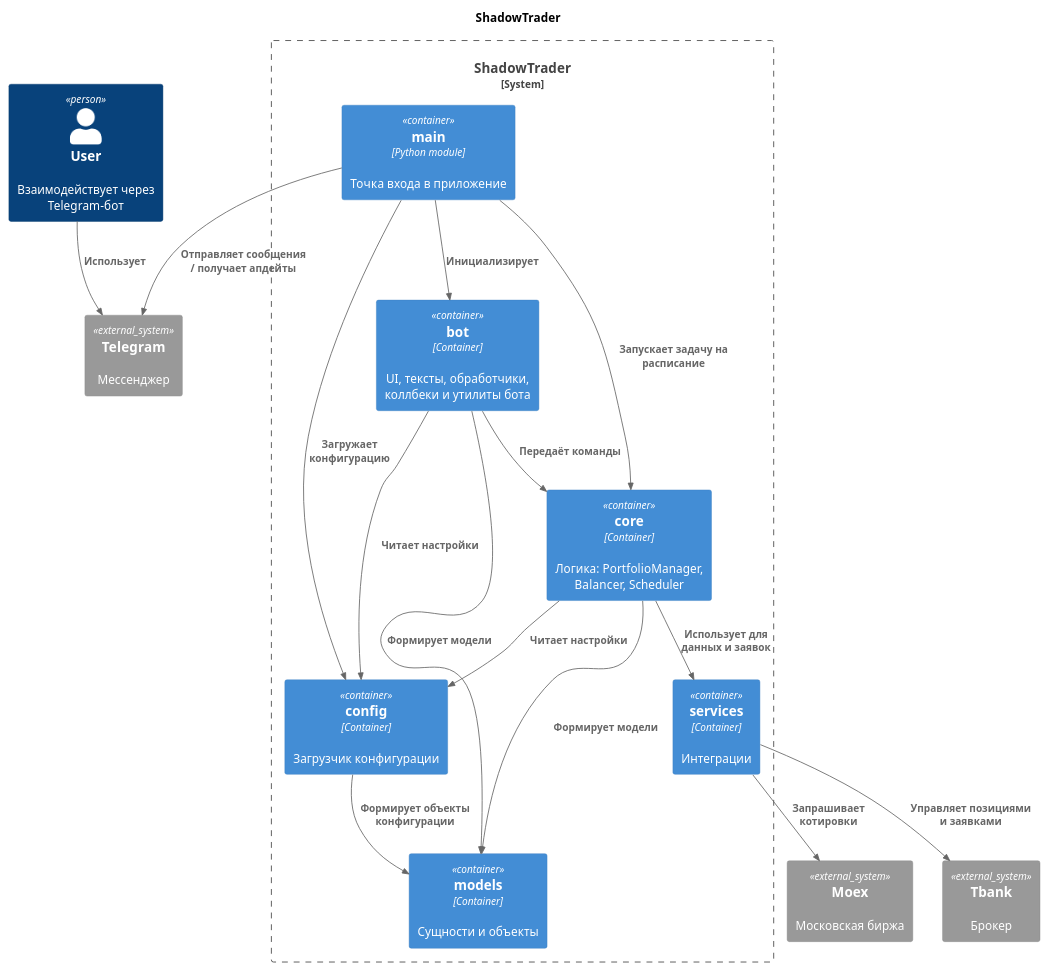
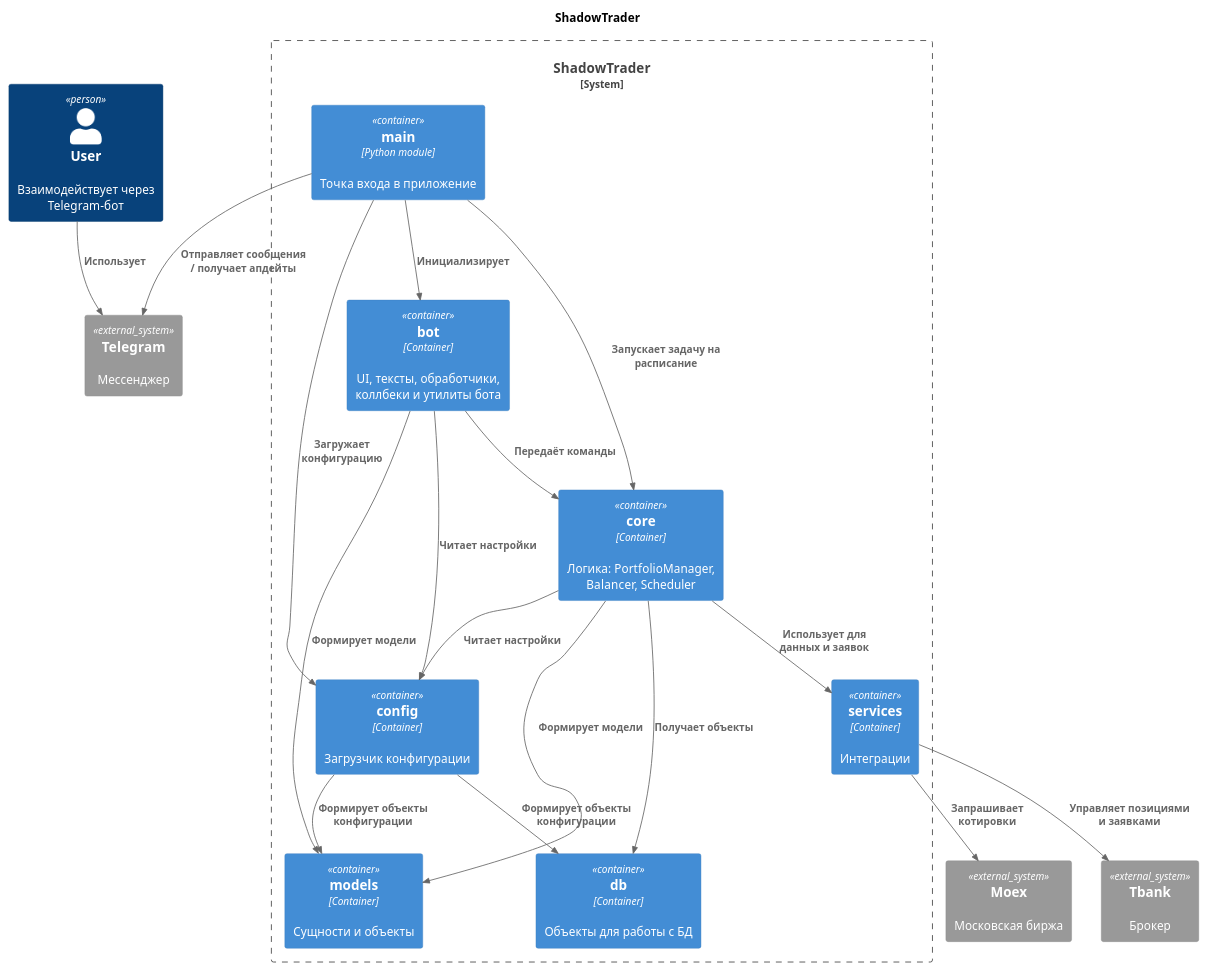
One commit to LevBaranov/ShadowTrader changed the diagram in docs/diagrams/architecture.puml. Above: the diagram before and after it, drawn with PlantUML. The commit also changed 27 other files, not shown here.

```diff
--- a/docs/diagrams/architecture.puml
+++ b/docs/diagrams/architecture.puml
@@ -1,48 +1,51 @@
 @startuml
 !include https://raw.githubusercontent.com/plantuml-stdlib/C4-PlantUML/master/C4_Container.puml
 
 title ShadowTrader
 
 Person(user, "User", "Взаимодействует через Telegram-бот")
 
 System_Boundary(app, "ShadowTrader") {
 
     Container(main, "main", "Python module", "Точка входа в приложение")
 
     Container(bot, "bot", "Container", "UI, тексты, обработчики, коллбеки и утилиты бота")
 
     Container(core, "core", "Container", "Логика: PortfolioManager, Balancer, Scheduler")
 
     Container(services, "services", "Container", "Интеграции")
 
     Container(config, "config", "Container", "Загрузчик конфигурации")
 
     Container(models, "models", "Container", "Сущности и объекты")
+    Container(db, "db", "Container", "Объекты для работы с БД")
 }
 
 ' Внешние системы (облачка)
 System_Ext(telegram, "Telegram", "Мессенджер")
 System_Ext(moex, "Moex", "Московская биржа")
 System_Ext(tbank, "Tbank", "Брокер")
 
 ' Связи
 Rel(user, telegram, "Использует")
 Rel(main, telegram, "Отправляет сообщения / получает апдейты")
 
 Rel(main, bot, "Инициализирует")
 Rel(main, core, "Запускает задачу на расписание")
 Rel(main, config, "Загружает конфигурацию")
 
 Rel(bot, core, "Передаёт команды")
 Rel(bot, config, "Читает настройки")
 Rel(bot, models, "Формирует модели")
 
 Rel(core, services, "Использует для данных и заявок")
 Rel(core, config, "Читает настройки")
 Rel(core, models, "Формирует модели")
+Rel(core, db, "Получает объекты")
 Rel(config, models, "Формирует объекты конфигурации")
+Rel(config, db, "Формирует объекты конфигурации")
 
 Rel(services, moex, "Запрашивает котировки")
 Rel(services, tbank, "Управляет позициями и заявками")
 
 @enduml
```
